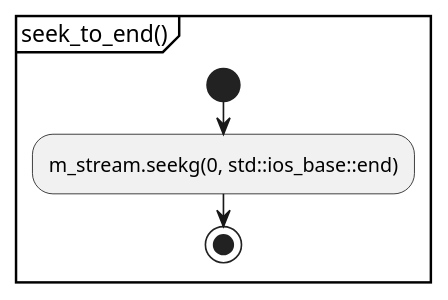
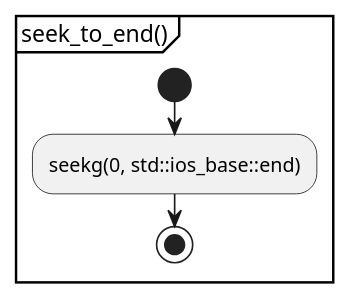
The seventh of 12 diagrams in document/document_reader/ipdfstream/tokenizer/istream_extended/istream_extended.activity.pu (KodaiYM/PDFReader), drawn with PlantUML before and after one commit. The commit also changed other lines of this file and 38 other files, not shown here.

```diff
--- a/document/document_reader/ipdfstream/tokenizer/istream_extended/istream_extended.activity.pu
+++ b/document/document_reader/ipdfstream/tokenizer/istream_extended/istream_extended.activity.pu
@@ -68,8 +65,8 @@
 @startuml seek_to_end
 partition "seek_to_end()" {
 start
 	' NOTE: undefined behaviour on ISO C but it will go well on Windows
-	:m_stream.seekg(0, std::ios_base::end);
+	:seekg(0, std::ios_base::end);
 stop
 }
 @enduml
```
